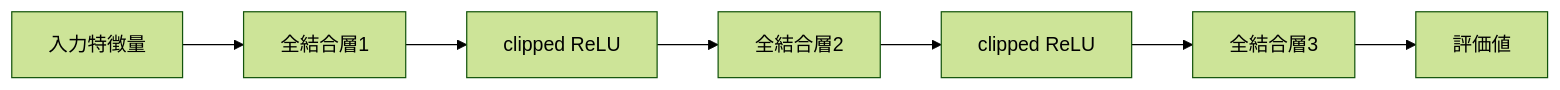
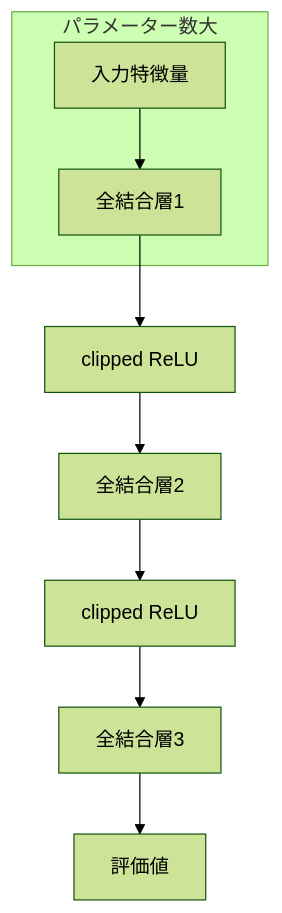
The fourth of 4 diagrams in slides.md (nodchip/coding-agent-shogi-ai-talk), drawn with Mermaid (forest theme) before and after one commit. The commit also changed other lines of this file and 1 other file, not shown here.

````diff
--- a/slides.md
+++ b/slides.md
@@ -245,9 +285,11 @@
 ```mermaid
-flowchart LR
-  I[入力特徴量] --> H1[全結合層1]
+flowchart TD
+  subgraph パラメーター数大
+    I[入力特徴量] --> H1[全結合層1]
+  end
   H1 --> A1[clipped ReLU]
   A1 --> H2[全結合層2]
   H2 --> A2[clipped ReLU]
   A2 --> H3[全結合層3]
   H3 --> O[評価値]
 ```
````
